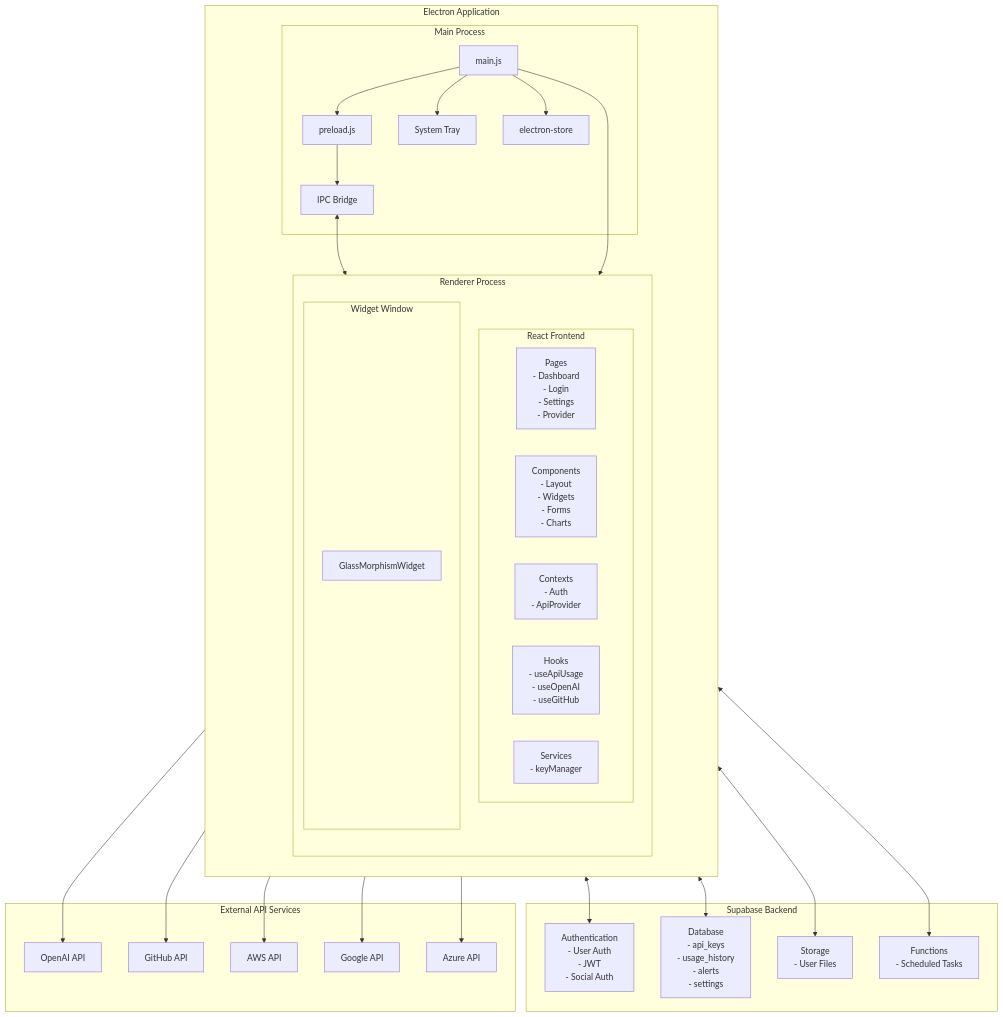
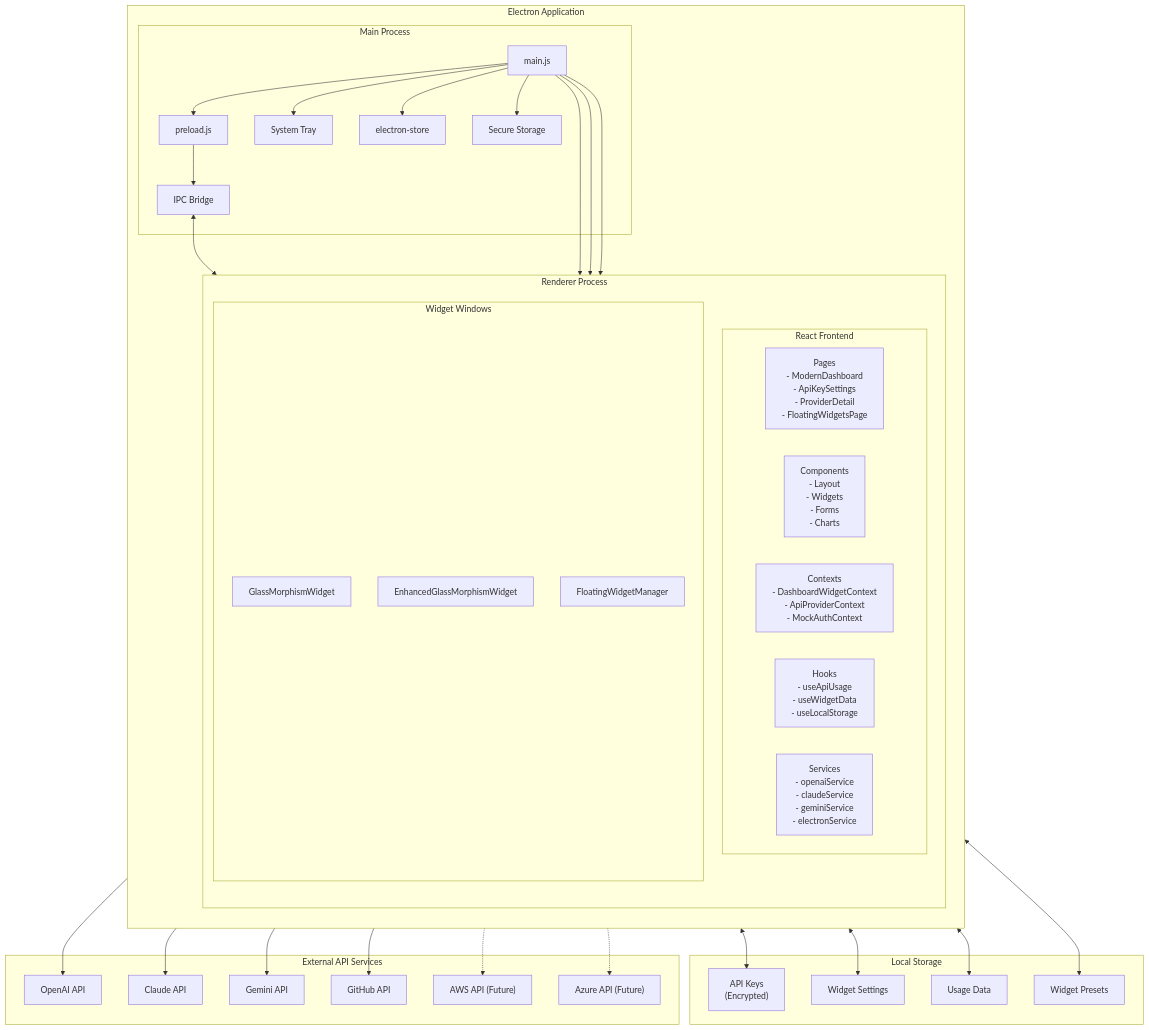
One commit to ImaginariumLabs/size-harmony-hub changed the first of 3 diagrams in APIwidget/docs/architecture/ARCHITECTURE.md. Above: the diagram before and after it, drawn with Mermaid. The commit also changed other lines of this file and 86 other files, not shown here.

````diff
--- a/APIwidget/docs/architecture/ARCHITECTURE.md
+++ b/APIwidget/docs/architecture/ARCHITECTURE.md
@@ -20,64 +20,72 @@
 ```mermaid
 flowchart TD
     subgraph "Electron Application"
         direction TB
 
         subgraph "Main Process"
             main["main.js"]
             preload["preload.js"]
             store["electron-store"]
             tray["System Tray"]
             ipc["IPC Bridge"]
+            secureStorage["Secure Storage"]
         end
 
         subgraph "Renderer Process"
             direction TB
 
             subgraph "React Frontend"
                 direction LR
-                pages["Pages\n- Dashboard\n- Login\n- Settings\n- Provider"]
+                pages["Pages\n- ModernDashboard\n- ApiKeySettings\n- ProviderDetail\n- FloatingWidgetsPage"]
                 components["Components\n- Layout\n- Widgets\n- Forms\n- Charts"]
-                contexts["Contexts\n- Auth\n- ApiProvider"]
-                hooks["Hooks\n- useApiUsage\n- useOpenAI\n- useGitHub"]
-                services["Services\n- keyManager"]
+                contexts["Contexts\n- DashboardWidgetContext\n- ApiProviderContext\n- MockAuthContext"]
+                hooks["Hooks\n- useApiUsage\n- useWidgetData\n- useLocalStorage"]
+                services["Services\n- openaiService\n- claudeService\n- geminiService\n- electronService"]
             end
 
-            subgraph "Widget Window"
-                widget["GlassMorphismWidget"]
+            subgraph "Widget Windows"
+                glassMorphismWidget["GlassMorphismWidget"]
+                enhancedWidget["EnhancedGlassMorphismWidget"]
+                floatingWidgetManager["FloatingWidgetManager"]
             end
         end
 
         main --> preload
         preload --> ipc
         ipc <--> services
         main --> tray
         main --> store
-        main --> widget
+        main --> secureStorage
+        main --> glassMorphismWidget
+        main --> enhancedWidget
+        main --> floatingWidgetManager
     end
 
-    subgraph "Supabase Backend"
-        auth["Authentication\n- User Auth\n- JWT\n- Social Auth"]
-        db["Database\n- api_keys\n- usage_history\n- alerts\n- settings"]
-        storage["Storage\n- User Files"]
-        functions["Functions\n- Scheduled Tasks"]
+    subgraph "Local Storage"
+        apiKeys["API Keys\n(Encrypted)"]
+        widgetSettings["Widget Settings"]
+        usageData["Usage Data"]
+        presets["Widget Presets"]
     end
 
     subgraph "External API Services"
         openai["OpenAI API"]
+        claude["Claude API"]
+        gemini["Gemini API"]
         github["GitHub API"]
-        aws["AWS API"]
-        google["Google API"]
-        azure["Azure API"]
+        aws["AWS API (Future)"]
+        azure["Azure API (Future)"]
     end
 
-    services <--> auth
-    services <--> db
-    services <--> storage
-    services <--> functions
+    services <--> apiKeys
+    services <--> widgetSettings
+    services <--> usageData
+    services <--> presets
 
     services --> openai
+    services --> claude
+    services --> gemini
     services --> github
-    services --> aws
-    services --> google
-    services --> azure
+    services -.-> aws
+    services -.-> azure
 ```
````
